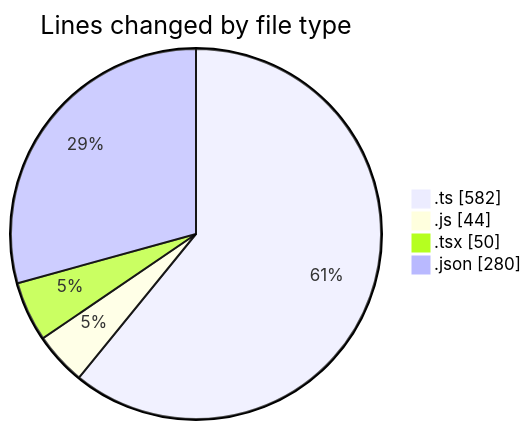
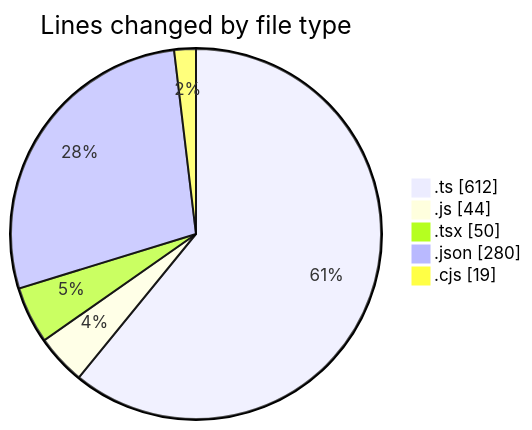
Before and after one commit to momahboobian/code-tracking: the first of 2 diagrams in 2026-08-03/cda/README.md, drawn with Mermaid. The commit also changed other lines of this file and 1 other file, not shown here.

````diff
--- a/2026-08-03/cda/README.md
+++ b/2026-08-03/cda/README.md
@@ -31,8 +32,9 @@
 ```mermaid
 pie showData
 title Lines changed by file type
-".ts" : 582
+".ts" : 612
 ".js" : 44
 ".tsx" : 50
 ".json" : 280
+".cjs" : 19
 ```
````
